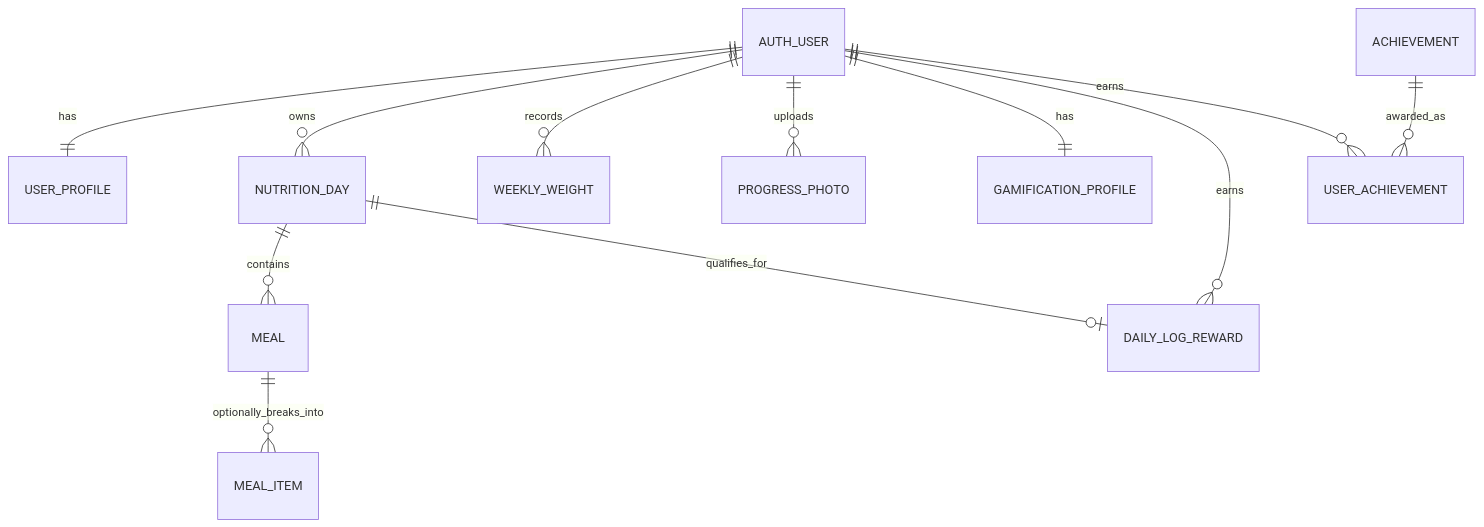
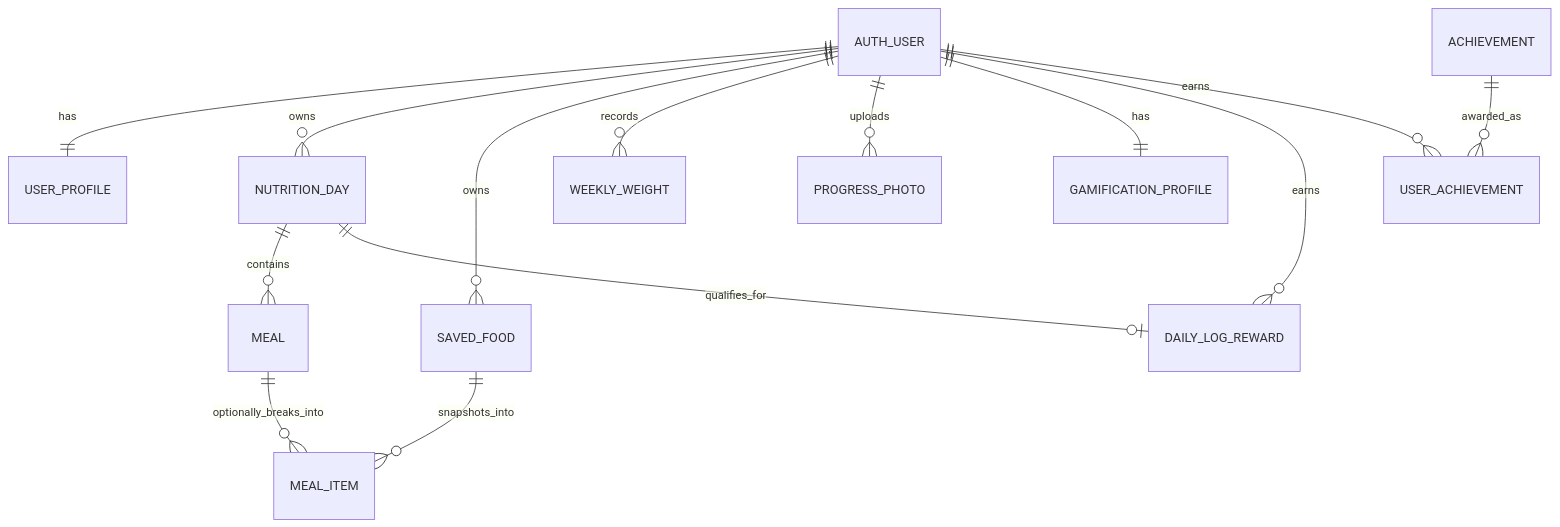
Before and after one commit to AhmedMazenNn/DailyFuel: the diagram in docs/erd.md, drawn with Mermaid. The commit also changed other lines of this file and 15 other files, not shown here.

````diff
--- a/docs/erd.md
+++ b/docs/erd.md
@@ -11,14 +11,16 @@
 ```mermaid
 erDiagram
     AUTH_USER ||--|| USER_PROFILE : has
     AUTH_USER ||--o{ NUTRITION_DAY : owns
     NUTRITION_DAY ||--o{ MEAL : contains
     MEAL ||--o{ MEAL_ITEM : optionally_breaks_into
+    AUTH_USER ||--o{ SAVED_FOOD : owns
+    SAVED_FOOD ||--o{ MEAL_ITEM : snapshots_into
     AUTH_USER ||--o{ WEEKLY_WEIGHT : records
     AUTH_USER ||--o{ PROGRESS_PHOTO : uploads
     AUTH_USER ||--|| GAMIFICATION_PROFILE : has
     AUTH_USER ||--o{ DAILY_LOG_REWARD : earns
     NUTRITION_DAY ||--o| DAILY_LOG_REWARD : qualifies_for
     AUTH_USER ||--o{ USER_ACHIEVEMENT : earns
     ACHIEVEMENT ||--o{ USER_ACHIEVEMENT : awarded_as
 ```
````
